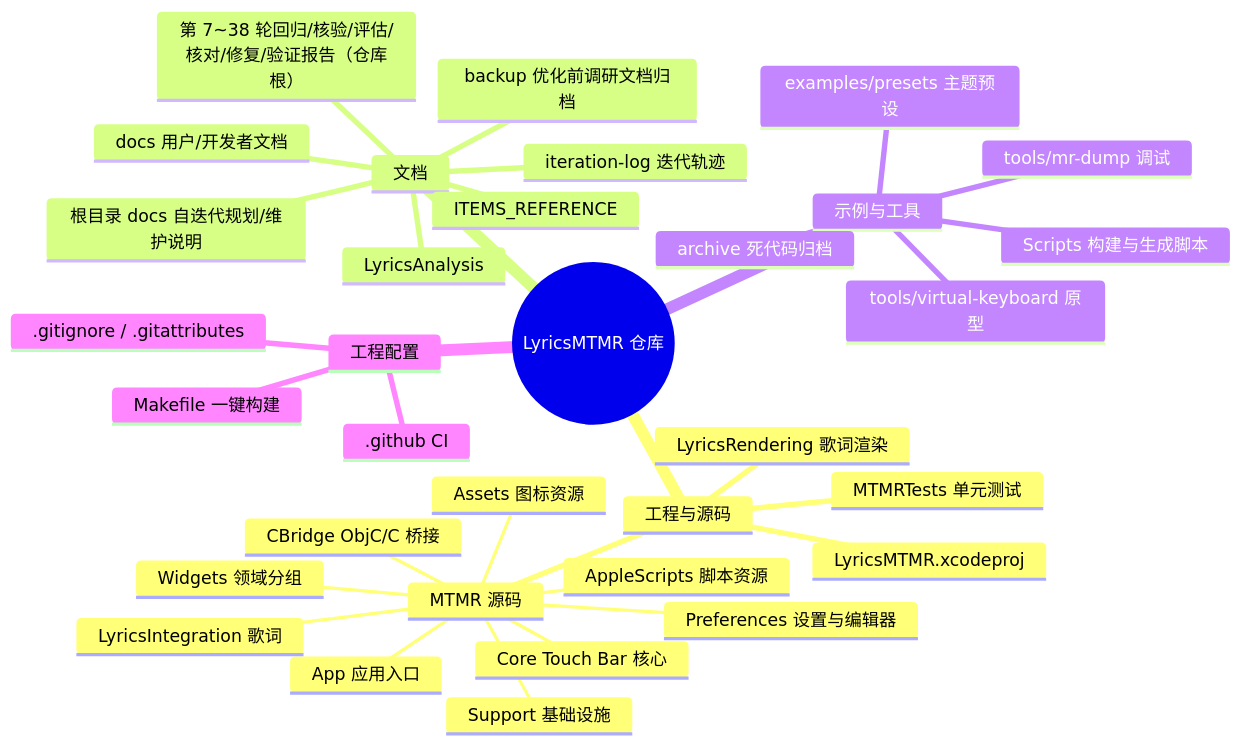
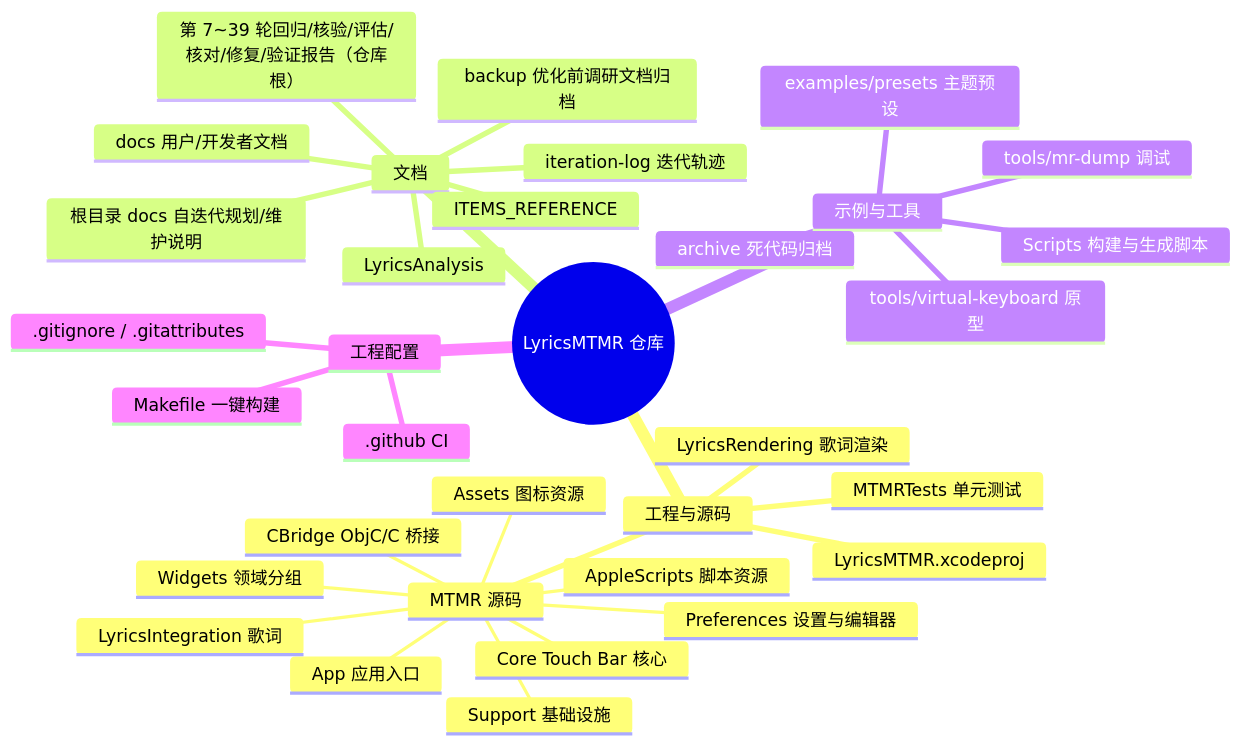
One commit to Tangzishun-Li/LyricsMTMR changed the first of 2 diagrams in LyricsMTMR/docs/file-structure.zh.md. Above: the diagram before and after it, drawn with Mermaid. The commit also changed other lines of this file and 3 other files, not shown here.

````diff
--- a/LyricsMTMR/docs/file-structure.zh.md
+++ b/LyricsMTMR/docs/file-structure.zh.md
@@ -10,36 +10,36 @@
 ```mermaid
 mindmap
   root((LyricsMTMR 仓库))
     工程与源码
       LyricsMTMR.xcodeproj
       MTMR 源码
         App 应用入口
         Core Touch Bar 核心
         Support 基础设施
         Widgets 领域分组
         Preferences 设置与编辑器
         LyricsIntegration 歌词
         CBridge ObjC/C 桥接
         AppleScripts 脚本资源
         Assets 图标资源
       LyricsRendering 歌词渲染
       MTMRTests 单元测试
     文档
       docs 用户/开发者文档
       ITEMS_REFERENCE
       LyricsAnalysis
       backup 优化前调研文档归档
       iteration-log 迭代轨迹
       根目录 docs 自迭代规划/维护说明
-      第 7~38 轮回归/核验/评估/核对/修复/验证报告（仓库根）
+      第 7~39 轮回归/核验/评估/核对/修复/验证报告（仓库根）
     示例与工具
       examples/presets 主题预设
       tools/mr-dump 调试
       tools/virtual-keyboard 原型
       Scripts 构建与生成脚本
       archive 死代码归档
     工程配置
       .github CI
       .gitignore / .gitattributes
       Makefile 一键构建
 ```
````
